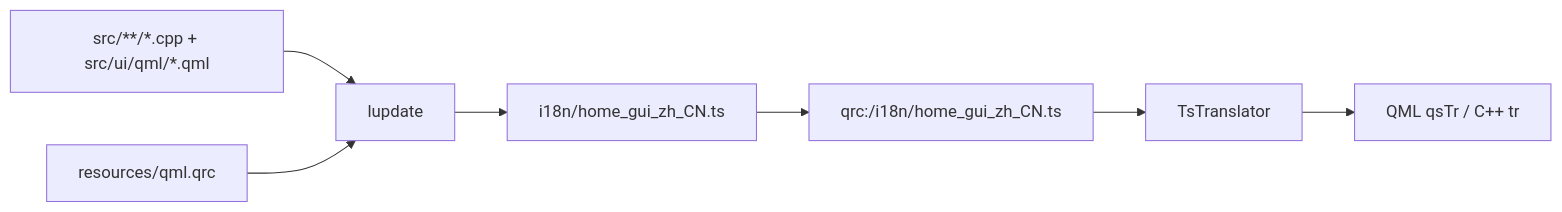
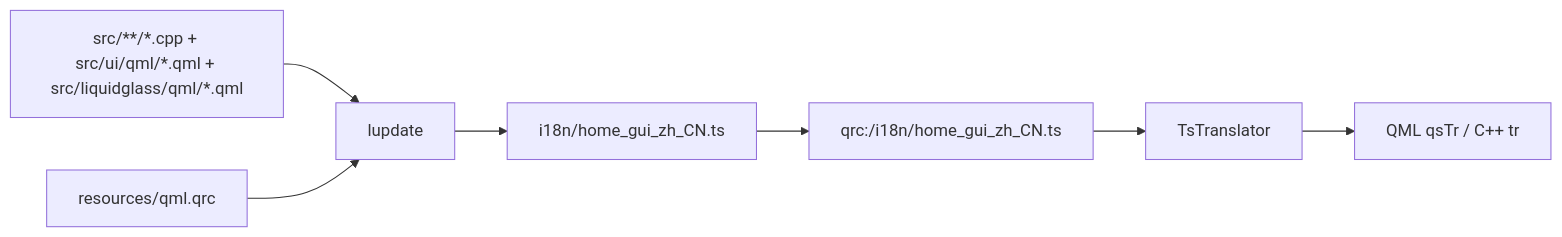
Before and after one commit to 931122/home_gui: the fifth of 7 diagrams in docs/ARCHITECTURE.md, drawn with Mermaid. The commit also changed other lines of this file and 41 other files, not shown here.

````diff
--- a/docs/ARCHITECTURE.md
+++ b/docs/ARCHITECTURE.md
@@ -157,9 +157,9 @@
 ```mermaid
 flowchart LR
-    A[src/**/*.cpp + src/ui/qml/*.qml] --> B[lupdate]
+    A[src/**/*.cpp + src/ui/qml/*.qml + src/liquidglass/qml/*.qml] --> B[lupdate]
     C[resources/qml.qrc] --> B
     B --> D[i18n/home_gui_zh_CN.ts]
     D --> E[qrc:/i18n/home_gui_zh_CN.ts]
     E --> F[TsTranslator]
     F --> G[QML qsTr / C++ tr]
 ```
````
